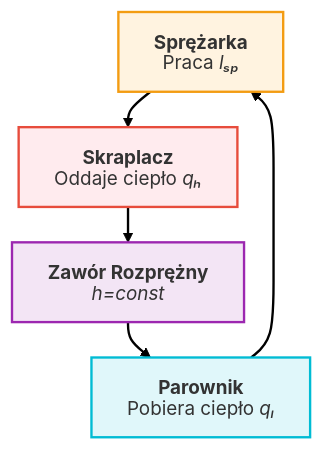
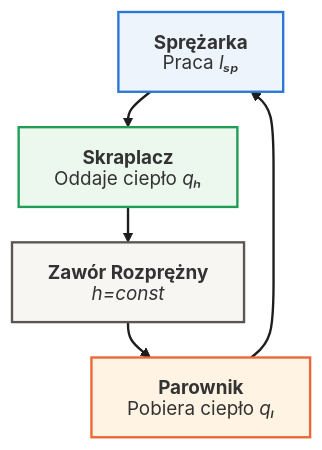
Before and after one commit to moondec/Termodynamika: the first of 4 diagrams in Wyklady/11_Chlodnictwo.qmd, drawn with Mermaid. The commit also changed other lines of this file and 229 other files, not shown here.

````diff
--- a/Wyklady/11_Chlodnictwo.qmd
+++ b/Wyklady/11_Chlodnictwo.qmd
@@ -179,21 +173,21 @@
 ```{mermaid}
 %%| fig-align: center
 
 %%{init: {'theme': 'default', 'flowchart': {'htmlLabels': false, 'diagramPadding': 0, 'nodeSpacing': 30, 'rankSpacing': 30, 'wrappingWidth': 400, 'subGraphTitleMargin': {'top': 6, 'bottom': 16}}, 'themeVariables': {'fontSize': '16px', 'fontFamily': 'Arial, Helvetica, sans-serif'}, 'htmlLabels': false}}%%
 flowchart TD
     S["`**Sprężarka**
 Praca *lₛₚ*`"] --> SK["`**Skraplacz**
 Oddaje ciepło *qₕ*`"]
     SK --> Z["`**Zawór Rozprężny**
 *h=const*`"]
     Z --> P["`**Parownik**
 Pobiera ciepło *qₗ*`"]
     P --> S
-    
-    style S fill:#fff3e0,stroke:#f39c12,stroke-width:2px
-    style SK fill:#ffebee,stroke:#e74c3c,stroke-width:2px
-    style Z fill:#f3e5f5,stroke:#9c27b0,stroke-width:2px
-    style P fill:#e0f7fa,stroke:#00bcd4,stroke-width:2px
-    
-    linkStyle default stroke-width:2px,fill:none,stroke:black
+
+    style S fill:#eef4fb,stroke:#2a78d6,stroke-width:2px
+    style SK fill:#ecf7ee,stroke:#1f9d55,stroke-width:2px
+    style Z fill:#f7f6f3,stroke:#5a5753,stroke-width:2px
+    style P fill:#fff4e3,stroke:#eb6834,stroke-width:2px
+
+    linkStyle default stroke-width:2px,fill:none,stroke:#1d1d1b
 ```
````
